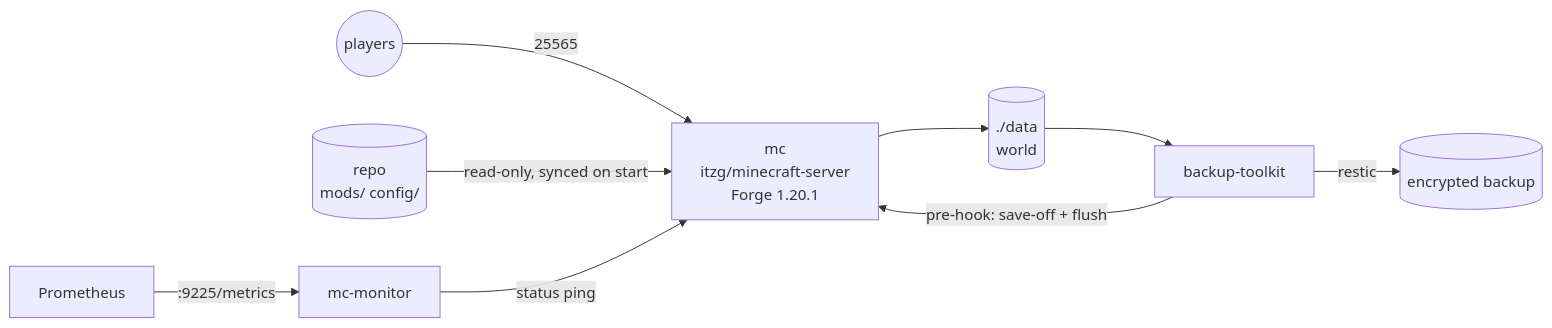
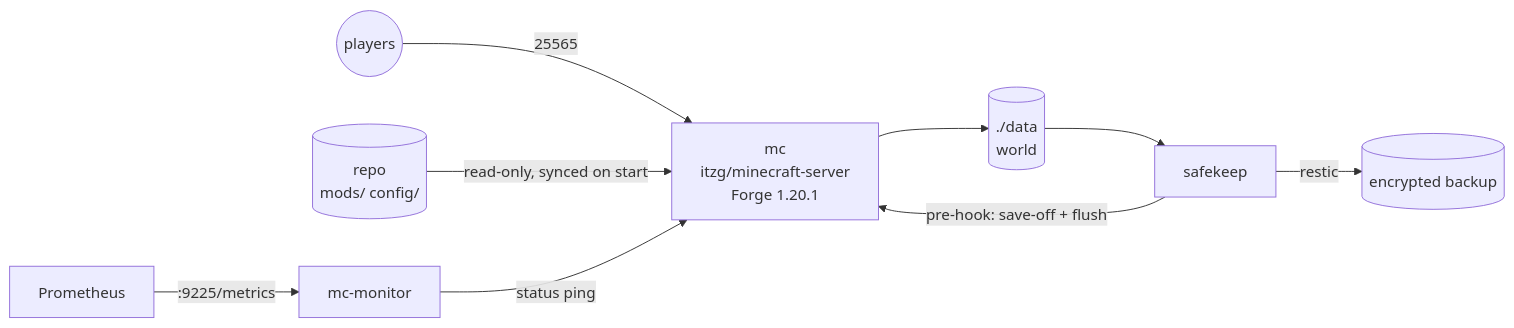
Before and after one commit to antony-bdc/dwellers-galaxy: the diagram in README.md, drawn with Mermaid. The commit also changed other lines of this file and 3 other files, not shown here.

````diff
--- a/README.md
+++ b/README.md
@@ -7,11 +7,11 @@
 ```mermaid
 flowchart LR
     P((players)) -->|25565| MC[mc<br/>itzg/minecraft-server<br/>Forge 1.20.1]
     REPO[(repo<br/>mods/ config/)] -->|read-only, synced on start| MC
     MC --> D[(./data<br/>world)]
     MON[mc-monitor] -->|status ping| MC
     PROM[Prometheus] -->|:9225/metrics| MON
-    BT[backup-toolkit] -->|pre-hook: save-off + flush| MC
+    BT[safekeep] -->|pre-hook: save-off + flush| MC
     BT -->|restic| BK[(encrypted backup)]
     D --> BT
 ```
````
